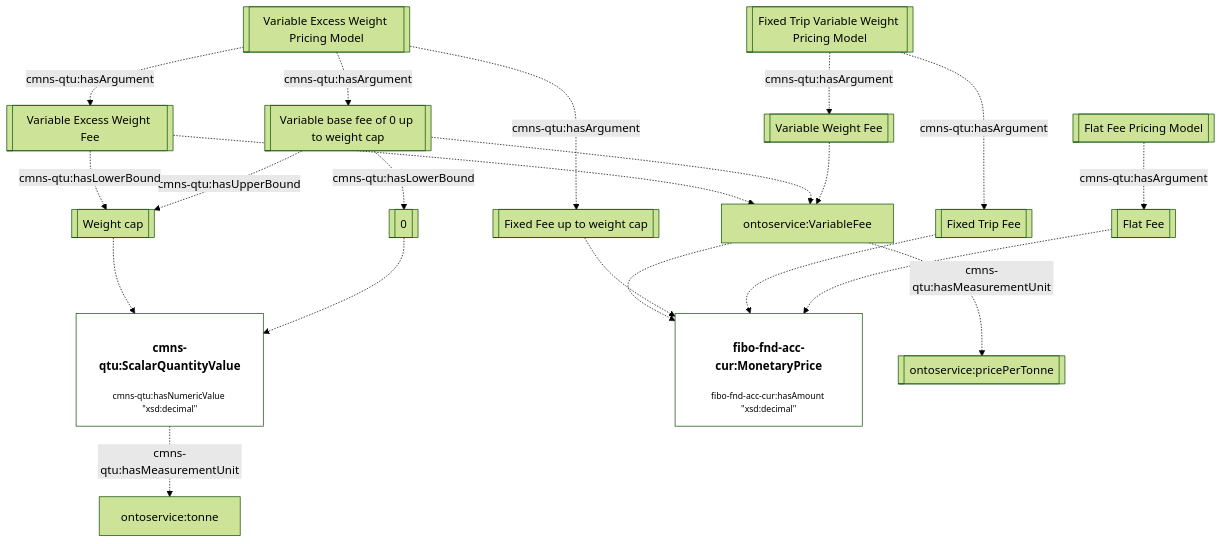
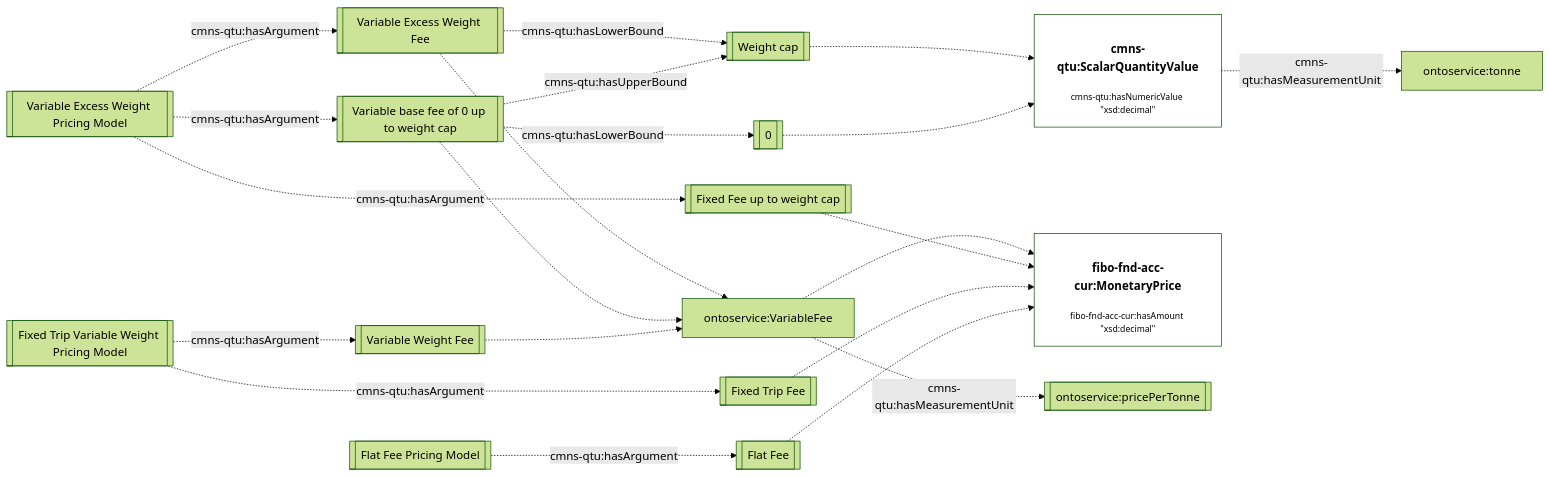
Before and after one commit to cambridge-cares/TheWorldAvatar: diagram 12 of 12 in JPS_Ontology/ontology/ontoservice/README.md, drawn with Mermaid (forest theme). The commit also changed other lines of this file and 1 other file, not shown here.

````diff
--- a/JPS_Ontology/ontology/ontoservice/README.md
+++ b/JPS_Ontology/ontology/ontoservice/README.md
@@ -501,33 +497,33 @@
 ```mermaid
-flowchart TD
+flowchart LR
     %% Styling
     classDef literal fill:none
     classDef node overflow-wrap:break-word,text-wrap:pretty
     linkStyle default overflow-wrap:break-word,text-wrap:pretty;
 
     %% Contents
     FlatFeePricingModel[[Flat Fee Pricing Model]] -. cmns-qtu:hasArgument .-> FlatFee[[Flat Fee]]
 
     FixedTripVariableWeightPricingModel[[Fixed Trip Variable Weight Pricing Model]] -. cmns-qtu:hasArgument .-> FixedTripFee[[Fixed Trip Fee]]
     FixedTripVariableWeightPricingModel -. cmns-qtu:hasArgument .-> VariableWeightFee[[Variable Weight Fee]]
 
     VariableExcessWeightPricingModel[[Variable Excess Weight Pricing Model]] -. cmns-qtu:hasArgument .-> CappedBaseFee[[Fixed Fee up to weight cap]]
     VariableExcessWeightPricingModel -. cmns-qtu:hasArgument .-> VariableWeightBaseFee[[Variable base fee of 0 up to weight cap]]
     VariableWeightBaseFee -. cmns-qtu:hasLowerBound .-> ZeroQuantity[[0]]
     VariableWeightBaseFee -. cmns-qtu:hasUpperBound .-> WeightCap[[Weight cap]]
     VariableExcessWeightPricingModel -. cmns-qtu:hasArgument .-> VariableExcessWeightFee[[Variable Excess Weight Fee]]
     VariableExcessWeightFee -. cmns-qtu:hasLowerBound .-> WeightCap
 
     ScalarQuantityValue["<h4>cmns-qtu:ScalarQuantityValue</h4><p style='font-size:0.75rem;'>cmns-qtu:hasNumericValue &quot;xsd:decimal&quot;</p>"]:::literal -. cmns-qtu:hasMeasurementUnit .-> tonne[ontoservice:tonne]
     ZeroQuantity -.-> ScalarQuantityValue
     WeightCap -.-> ScalarQuantityValue
 
     FlatFee -.-> MonetaryPrice["<h4>fibo-fnd-acc-cur:MonetaryPrice</h4><p style='font-size:0.75rem;'>fibo-fnd-acc-cur:hasAmount &quot;xsd:decimal&quot;</p>"]:::literal
     FixedTripFee -.-> MonetaryPrice
     CappedBaseFee -.-> MonetaryPrice
     VariableWeightFee -.-> VariableFee[ontoservice:VariableFee]
     VariableWeightBaseFee -.-> VariableFee
     VariableExcessWeightFee -.-> VariableFee
     VariableFee -. cmns-qtu:hasMeasurementUnit .-> pricepertonne[[ontoservice:pricePerTonne]]
     VariableFee -.-> MonetaryPrice
 ```
````
